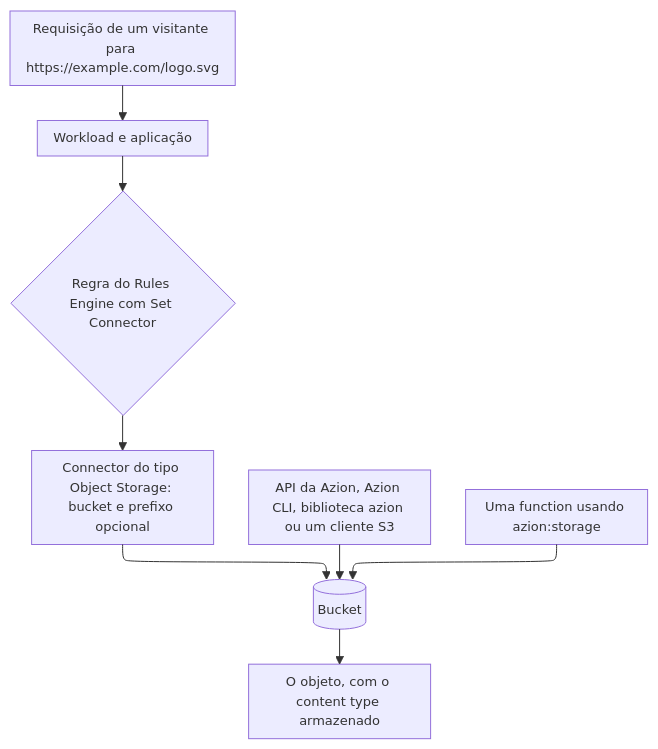
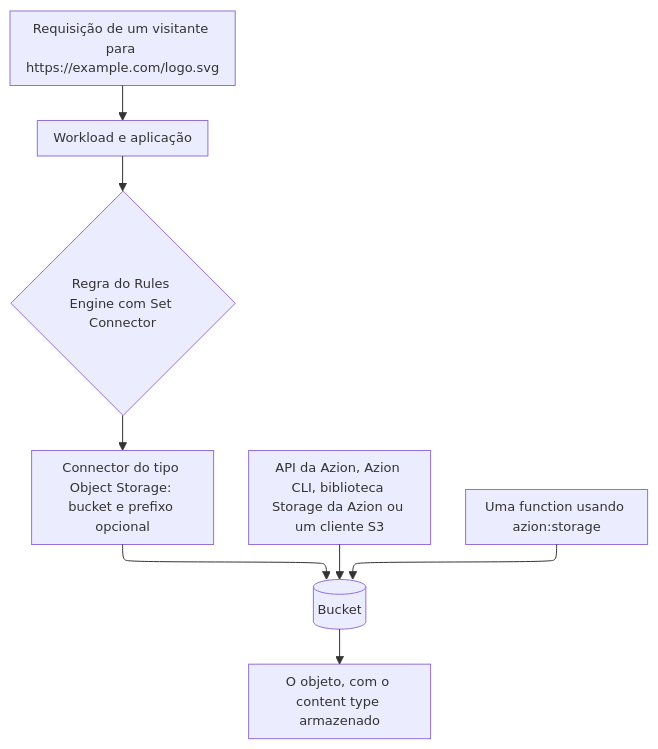
The diagram in apps/docs/src/content/docs/pt-br/pages/menu-principal/referencia/store/edge-storage/index.mdx (aziontech/docs), drawn with Mermaid before and after one commit. The commit also changed 19 other files, not shown here.

````diff
--- a/apps/docs/src/content/docs/pt-br/pages/menu-principal/referencia/store/edge-storage/index.mdx
+++ b/apps/docs/src/content/docs/pt-br/pages/menu-principal/referencia/store/edge-storage/index.mdx
@@ -64,11 +64,11 @@
 ```mermaid
 %%{init: {"layout": "elk", "themeVariables": {"fontSize": "13px"}, "flowchart": {"nodeSpacing": 24, "rankSpacing": 36, "padding": 8, "wrappingWidth": 150, "useMaxWidth": true}, "sequence": {"width": 120, "actorMargin": 30, "useMaxWidth": true}}}%%
 flowchart TD
   Client["Requisição de um visitante para https://example.com/logo.svg"] --> App["Workload e aplicação"]
   App --> Rule{"Regra do Rules Engine com Set Connector"}
   Rule --> Conn["Connector do tipo Object Storage: bucket e prefixo opcional"]
   Conn --> Bucket[("Bucket")]
-  Tool["API da Azion, Azion CLI, biblioteca azion ou um cliente S3"] --> Bucket
+  Tool["API da Azion, Azion CLI, biblioteca Storage da Azion ou um cliente S3"] --> Bucket
   Fn["Uma function usando azion:storage"] --> Bucket
   Bucket --> Object["O objeto, com o content type armazenado"]
 ```
````
